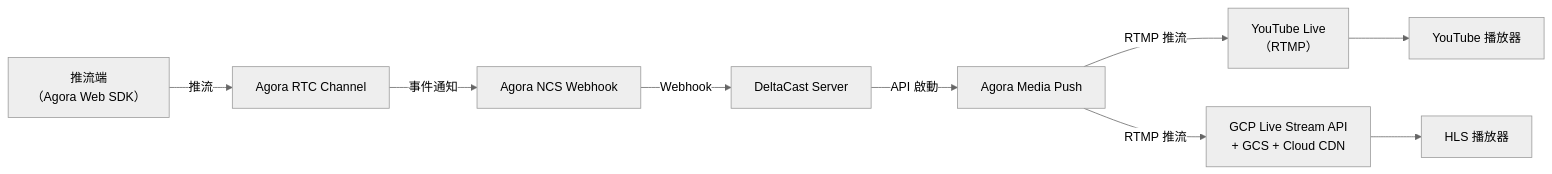
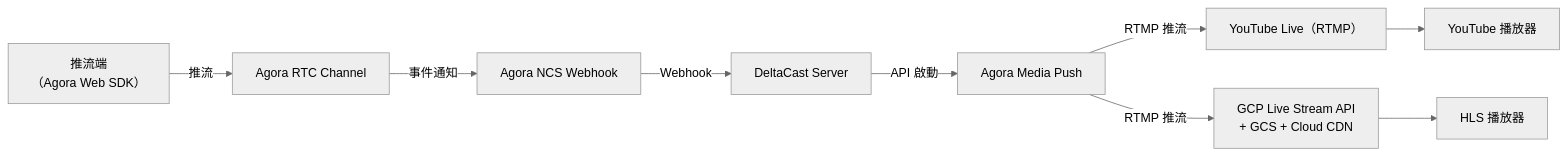
One commit to maxence2997/delta-cast changed the diagram in README.md. Above: the diagram before and after it, drawn with Mermaid (neutral theme).

Commit message:
fix: 修正 YouTube Live 標籤格式，移除換行符號

````diff
--- a/README.md
+++ b/README.md
@@ -16,21 +16,21 @@
 ```mermaid
 flowchart LR
     Streamer["推流端 <br>（Agora Web SDK）"]
     Agora["Agora RTC Channel"]
     NCS["Agora NCS Webhook"]
     API["DeltaCast Server"]
     MP["Agora Media Push"]
-    YT["YouTube Live\n（RTMP）"]
+    YT["YouTube Live（RTMP）"]
     GCP["GCP Live Stream API <br> +  GCS + Cloud CDN"]
     YTPlayer["YouTube 播放器"]
     HLSPlayer["HLS 播放器"]
 
     Streamer -->|推流| Agora
     Agora -->|事件通知| NCS
     NCS -->|Webhook| API
     API -->|API 啟動| MP
     MP -->|RTMP 推流| YT
     MP -->|RTMP 推流| GCP
     YT --> YTPlayer
     GCP --> HLSPlayer
 ```
````
